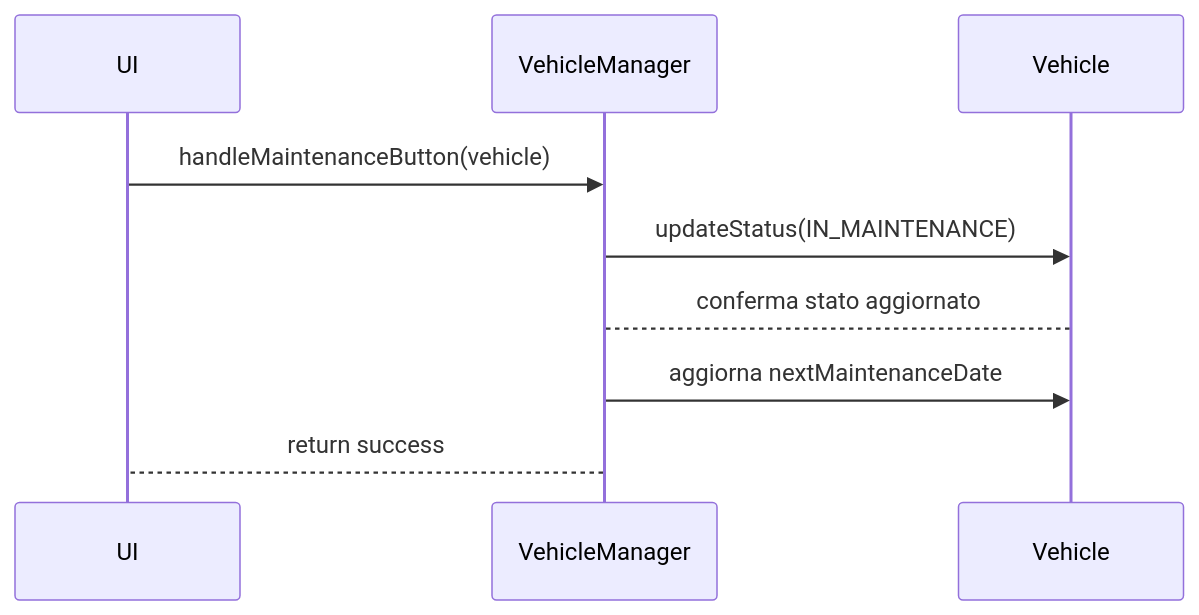
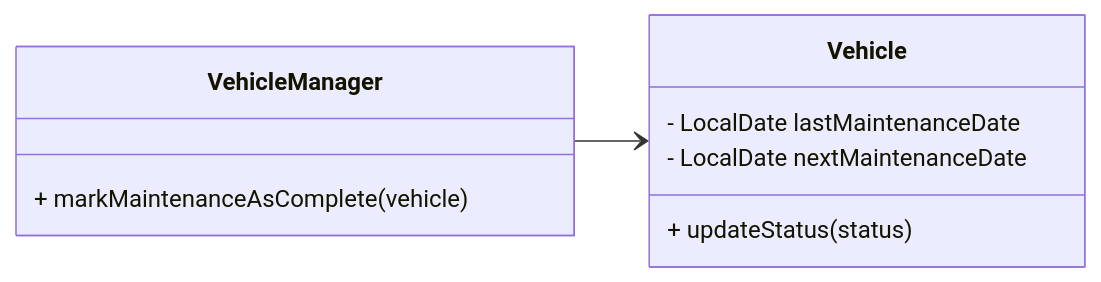
One commit to Alex-Cambrini/pss24-25-WasteMaster-Cambrini-Ferrari-Ragazzini changed the seventh of 15 diagrams in report.md. Above: the diagram before and after it, drawn with Mermaid. The commit also changed other lines of this file, not shown here.

Commit message:
feat: update design documentation for Vehicle Management

````diff
--- a/report.md
+++ b/report.md
@@ -401,12 +372,16 @@
 ```mermaid
-sequenceDiagram
-    participant UI
-    participant VehicleManager
-    participant Vehicle
+classDiagram
+    direction LR
 
-    UI ->> VehicleManager: handleMaintenanceButton(vehicle)
-    VehicleManager ->> Vehicle: updateStatus(IN_MAINTENANCE)
-    Vehicle --> VehicleManager: conferma stato aggiornato
-    VehicleManager ->> Vehicle: aggiorna nextMaintenanceDate
-    VehicleManager --> UI: return success
+    class Vehicle {
+        - LocalDate lastMaintenanceDate
+        - LocalDate nextMaintenanceDate
+        + updateStatus(status)
+    }
+
+    class VehicleManager {
+        + markMaintenanceAsComplete(vehicle)
+    }
+
+    VehicleManager --> Vehicle
 ```
````
